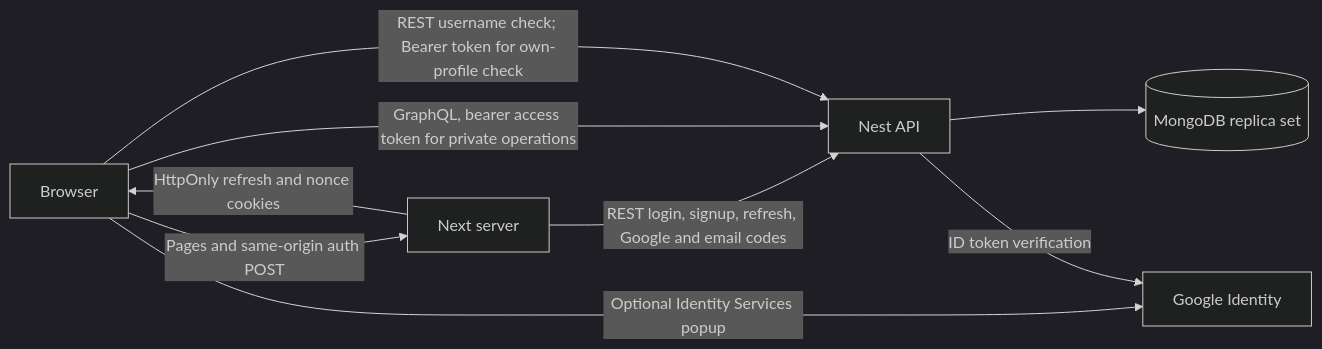
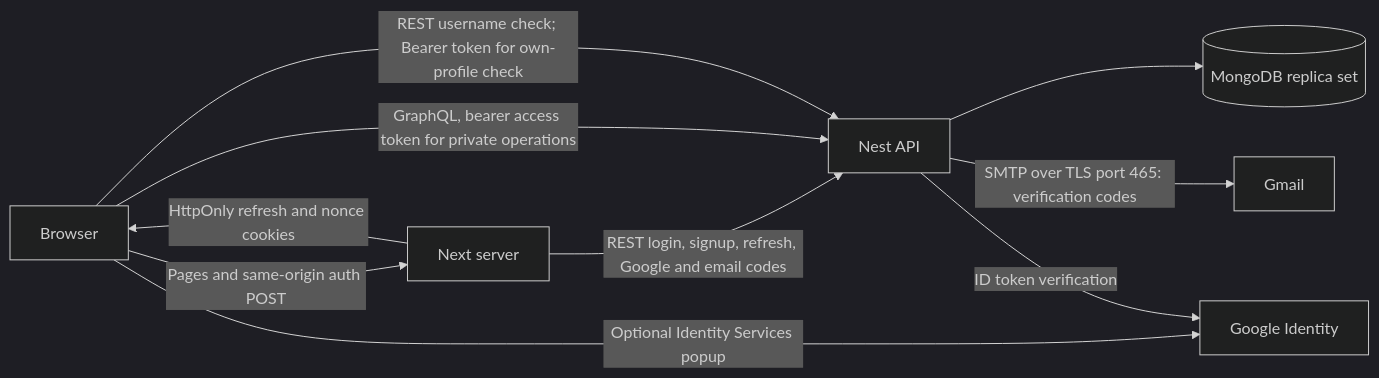
Before and after one commit to aaronkr-2026-2/cbnu-soft-eng-software-engineering-project-group-1: the second of 2 diagrams in docs/architecture/architecture-next.md, drawn with Mermaid (dark theme). The commit also changed other lines of this file and 3 other files, not shown here.

````diff
--- a/docs/architecture/architecture-next.md
+++ b/docs/architecture/architecture-next.md
@@ -282,11 +282,12 @@
 ```mermaid
 flowchart LR
   Browser[Browser] -->|Pages and same-origin auth POST| Next[Next server]
   Next -->|HttpOnly refresh and nonce cookies| Browser
   Next -->|REST login, signup, refresh, Google and email codes| API[Nest API]
   Browser -->|GraphQL, bearer access token for private operations| API
   Browser -->|REST username check; Bearer token for own-profile check| API
   API --> DB[(MongoDB replica set)]
+  API -->|SMTP over TLS port 465: verification codes| Gmail[Gmail]
   Browser -->|Optional Identity Services popup| Google[Google Identity]
   API -->|ID token verification| Google
 ```
````
